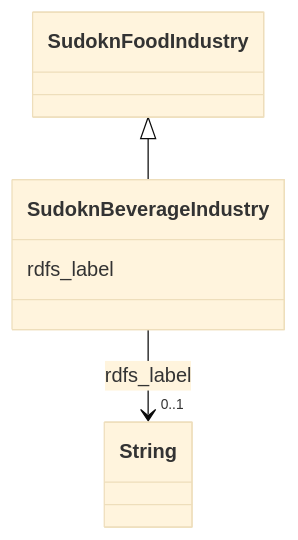
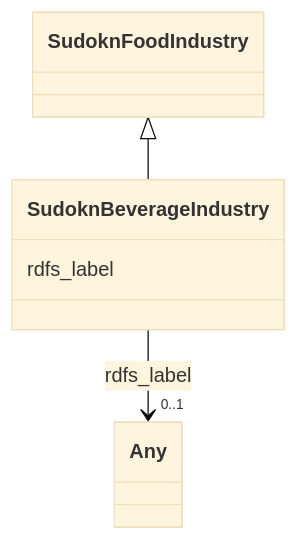
The diagram in sudokn-kg/classes/SudoknBeverageIndustry.md (frink-okn/graph-descriptions), drawn with Mermaid (base theme) before and after one commit. The commit also changed other lines of this file and 903 other files, not shown here.

````diff
--- a/sudokn-kg/classes/SudoknBeverageIndustry.md
+++ b/sudokn-kg/classes/SudoknBeverageIndustry.md
@@ -23,18 +16,18 @@
 ```mermaid
  classDiagram
     class SudoknBeverageIndustry
     click SudoknBeverageIndustry href "../SudoknBeverageIndustry"
       SudoknFoodIndustry <|-- SudoknBeverageIndustry
         click SudoknFoodIndustry href "../SudoknFoodIndustry"
       
       SudoknBeverageIndustry : rdfs_label
         
           
     
     
-    SudoknBeverageIndustry --> "0..1" String : rdfs_label
-    click String href "../String"
+    SudoknBeverageIndustry --> "0..1" Any : rdfs_label
+    click Any href "../Any"
 
         
       
 ```
````
